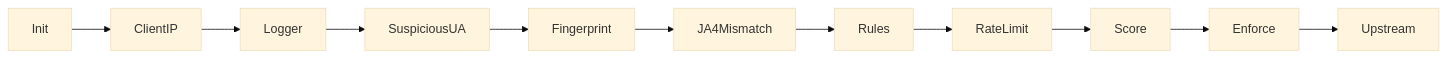
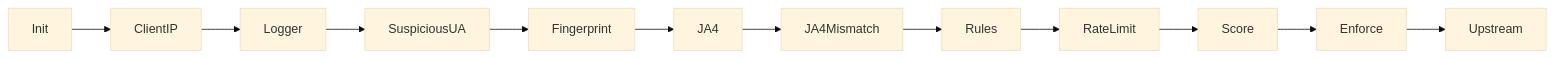
The second of 8 diagrams in README.md (fharias/guardian-scrapy), drawn with Mermaid (base theme) before and after one commit. The commit also changed other lines of this file, not shown here.

````diff
--- a/README.md
+++ b/README.md
@@ -55,4 +55,4 @@
 ```mermaid
 flowchart LR
-  init[Init] --> ip[ClientIP] --> logger[Logger] --> ua[SuspiciousUA] --> fp[Fingerprint] --> ja4[JA4Mismatch] --> rules[Rules] --> limite[RateLimit] --> score[Score] --> enforce[Enforce] --> origen[Upstream]
+  init[Init] --> ip[ClientIP] --> logger[Logger] --> ua[SuspiciousUA] --> fp[Fingerprint] --> ja4src[JA4] --> ja4[JA4Mismatch] --> rules[Rules] --> limite[RateLimit] --> score[Score] --> enforce[Enforce] --> origen[Upstream]
 ```
````
